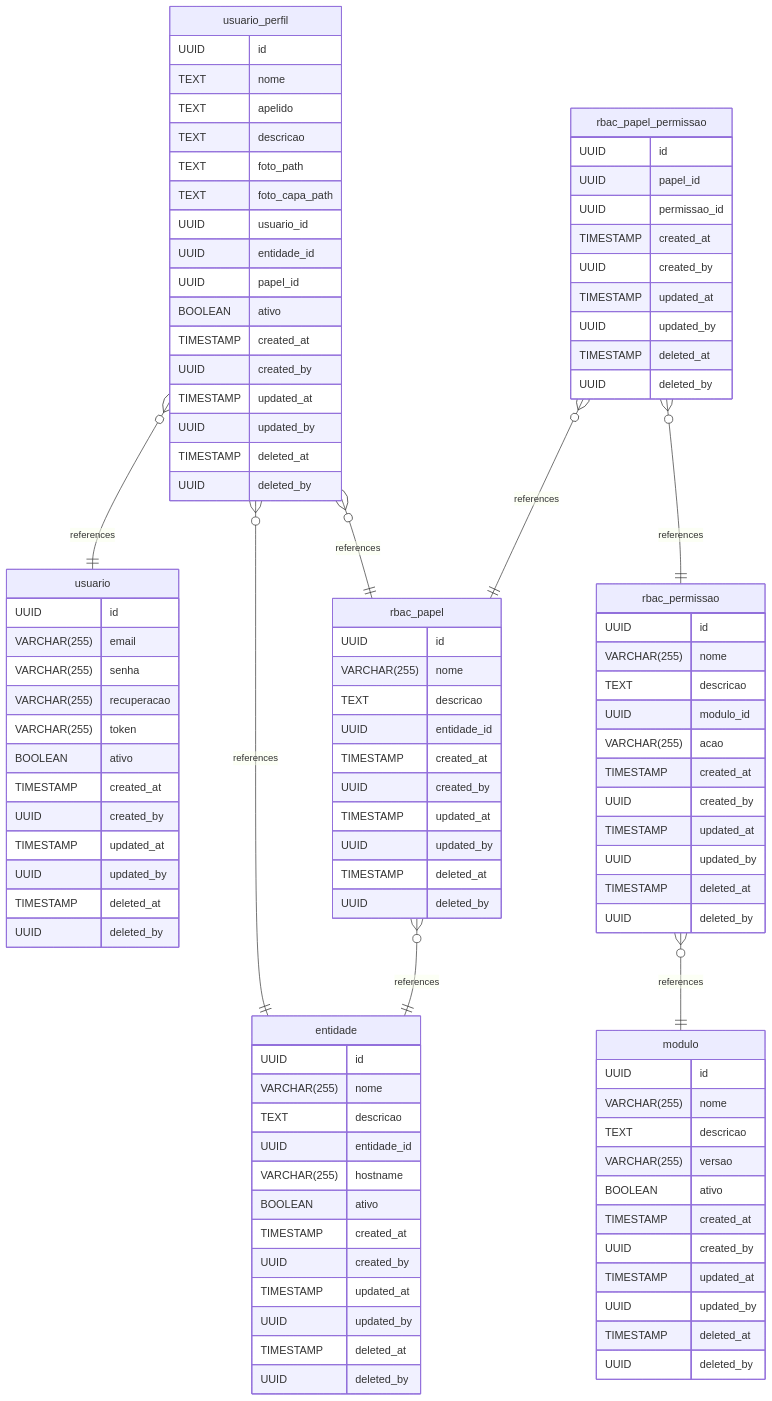
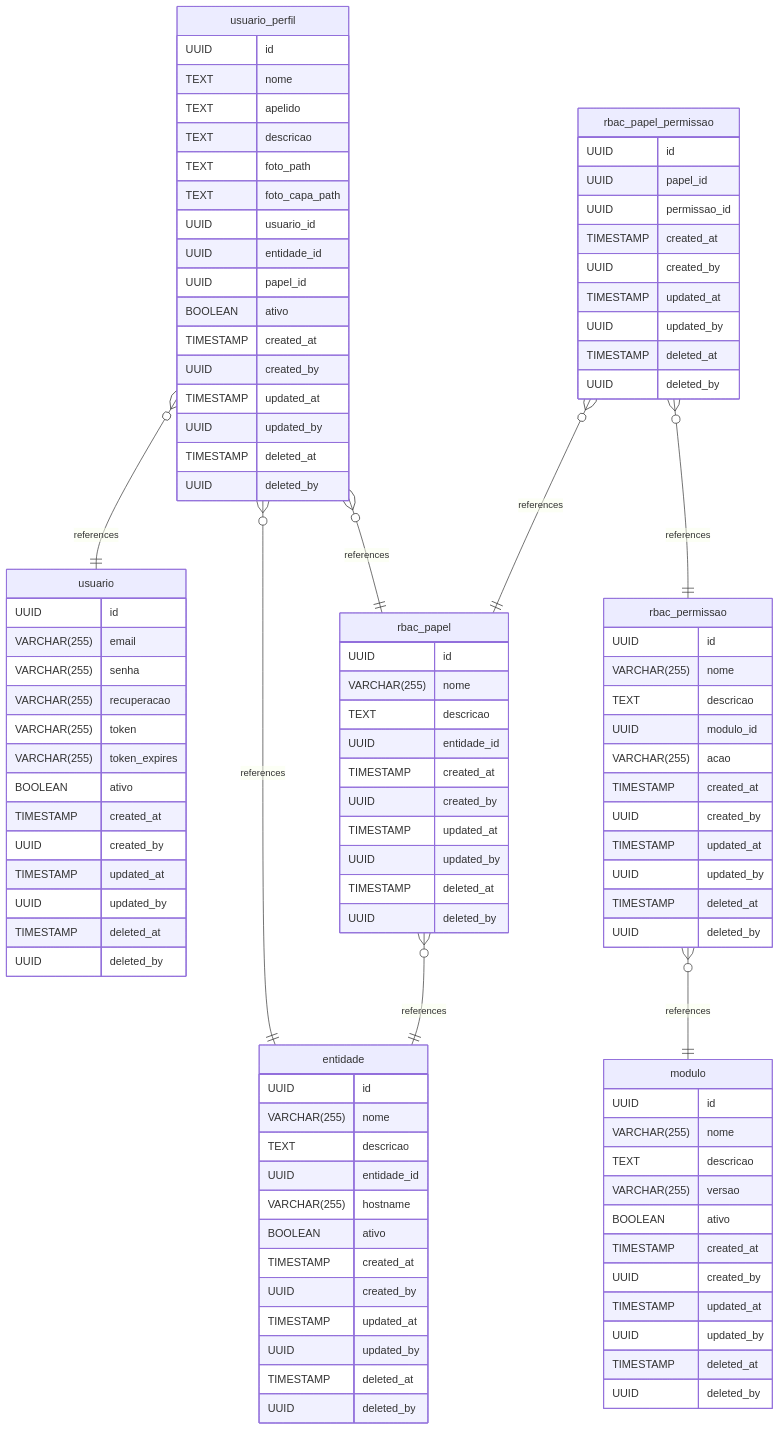
One commit to kayquemelo/mt-reint changed the diagram in README.md. Above: the diagram before and after it, drawn with Mermaid. The commit also changed other lines of this file, not shown here.

```diff
--- a/README.md
+++ b/README.md
@@ -187,6 +188,7 @@
 		VARCHAR(255) senha
 		VARCHAR(255) recuperacao
 		VARCHAR(255) token
+		VARCHAR(255) token_expires
 		BOOLEAN ativo
 		TIMESTAMP created_at
 		UUID created_by
```
